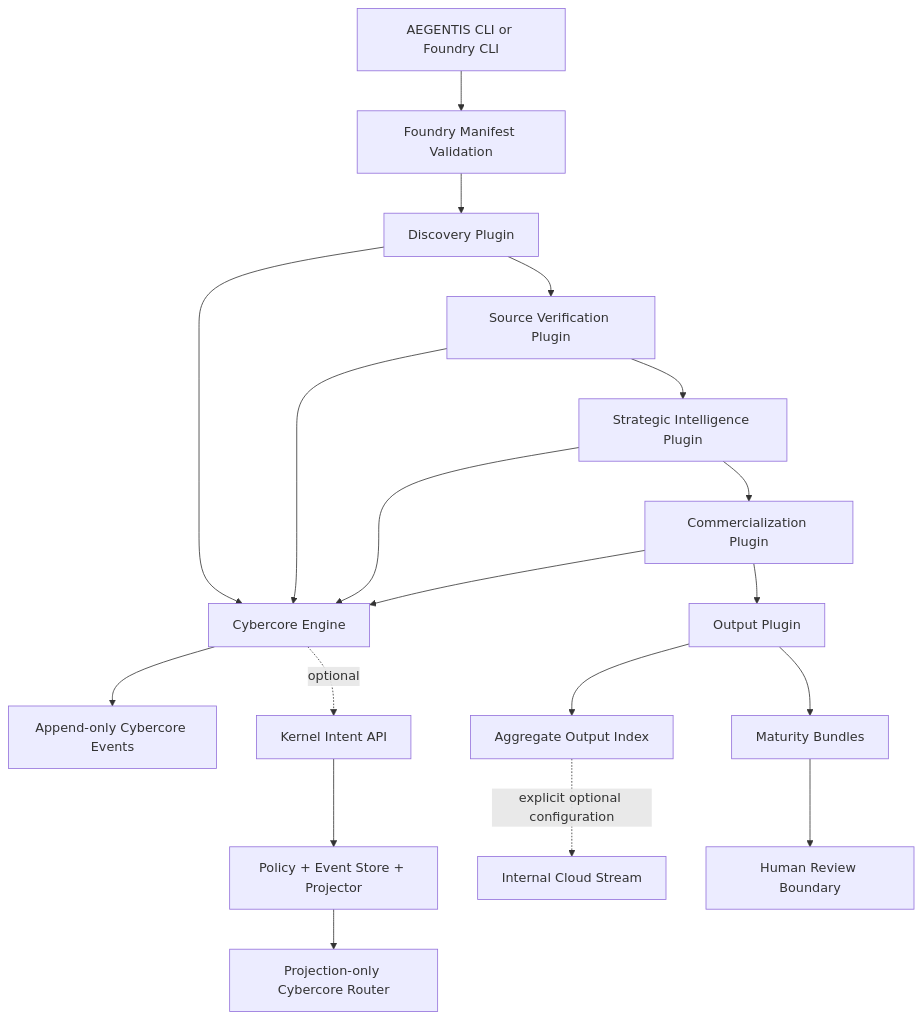
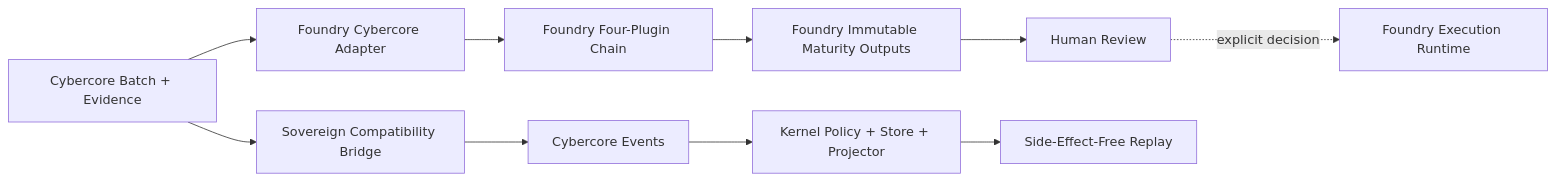
Before and after one commit to shalominattii-us/sovereign-os: the diagram in FOUNDRY/opportunity-intelligence/docs/FOUNDRY_INTEGRATION.md, drawn with Mermaid. The commit also changed other lines of this file and 14 other files, not shown here.

Commit message:
fix(foundry): bind canonical runtime and evaluation clock

````diff
--- a/FOUNDRY/opportunity-intelligence/docs/FOUNDRY_INTEGRATION.md
+++ b/FOUNDRY/opportunity-intelligence/docs/FOUNDRY_INTEGRATION.md
@@ -25,23 +25,13 @@
 ```mermaid
-flowchart TD
-    CLI[AEGENTIS CLI or Foundry CLI] --> FM[Foundry Manifest Validation]
-    FM --> D[Discovery Plugin]
-    D --> V[Source Verification Plugin]
-    V --> S[Strategic Intelligence Plugin]
-    S --> C[Commercialization Plugin]
-    C --> O[Output Plugin]
+flowchart LR
+    CB[Cybercore Batch + Evidence] --> FA[Foundry Cybercore Adapter]
+    FA --> FP[Foundry Four-Plugin Chain]
+    FP --> FO[Foundry Immutable Maturity Outputs]
+    FO --> HR[Human Review]
+    HR -. explicit decision .-> FE[Foundry Execution Runtime]
 
-    D --> CE[Cybercore Engine]
-    V --> CE
-    S --> CE
-    C --> CE
-    CE --> EL[Append-only Cybercore Events]
-    CE -. optional .-> K[Kernel Intent API]
-    K --> P[Policy + Event Store + Projector]
-    P --> R[Projection-only Cybercore Router]
-
-    O --> B[Maturity Bundles]
-    O --> I[Aggregate Output Index]
-    I -. explicit optional configuration .-> CS[Internal Cloud Stream]
-    B --> H[Human Review Boundary]
+    CB --> SB[Sovereign Compatibility Bridge]
+    SB --> KE[Cybercore Events]
+    KE --> K[Kernel Policy + Store + Projector]
+    K --> SR[Side-Effect-Free Replay]
 ```
````
